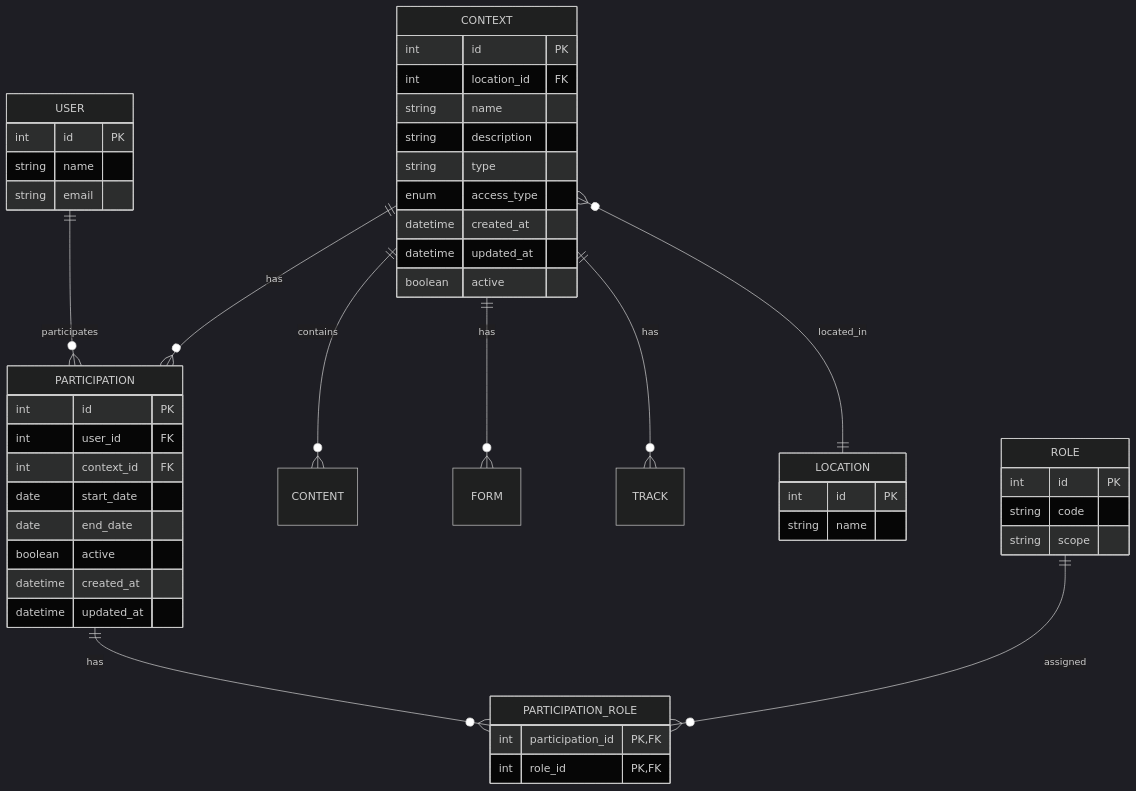
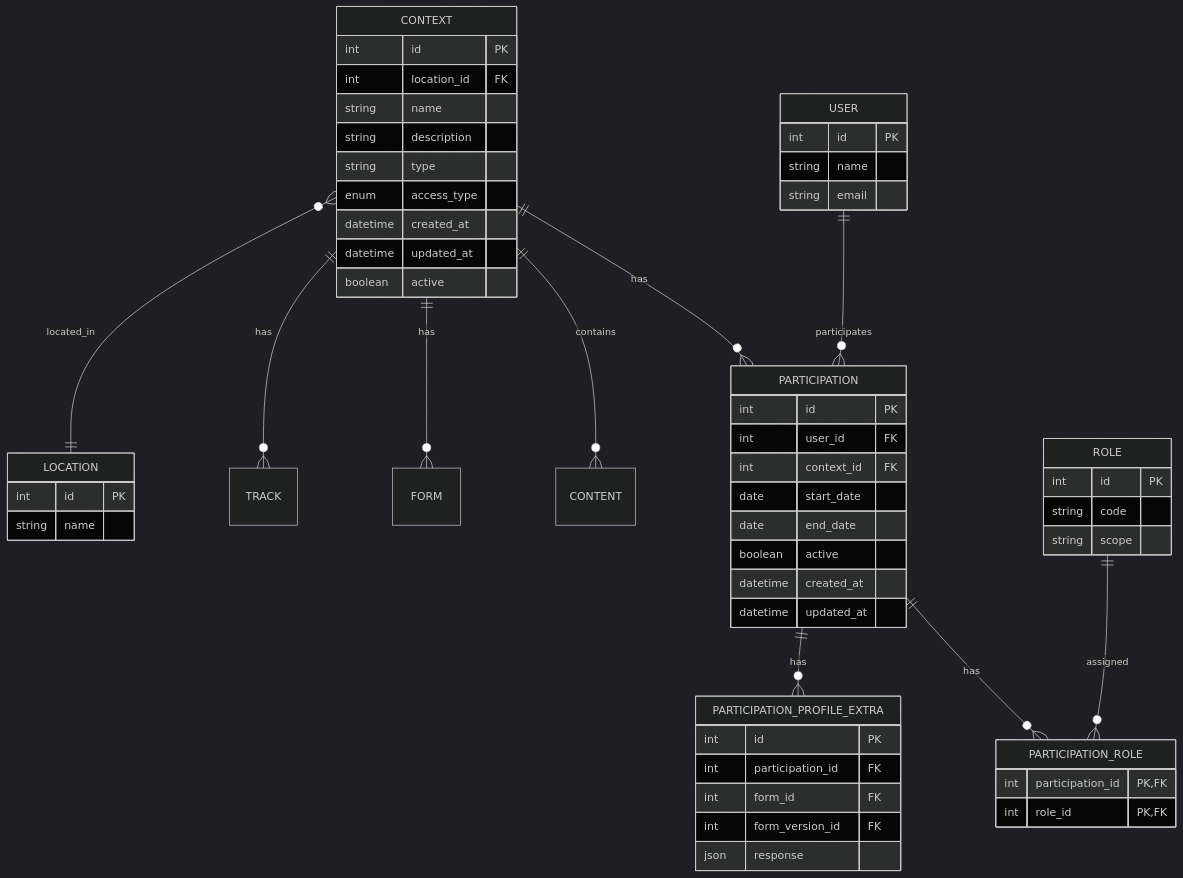
One commit to ProEpi-Dev/gds-admin changed the diagram in docs-docusauros/gds/docs/arquitetura/modelagem-banco-dados/contextos-participacao.md. Above: the diagram before and after it, drawn with Mermaid (dark theme). The commit also changed other lines of this file and 47 other files, not shown here.

````diff
--- a/docs-docusauros/gds/docs/arquitetura/modelagem-banco-dados/contextos-participacao.md
+++ b/docs-docusauros/gds/docs/arquitetura/modelagem-banco-dados/contextos-participacao.md
@@ -7,57 +7,66 @@
 ```mermaid
 erDiagram
     CONTEXT ||--o{ PARTICIPATION : "has"
     CONTEXT ||--o{ CONTENT : "contains"
     CONTEXT ||--o{ FORM : "has"
     CONTEXT ||--o{ TRACK : "has"
     CONTEXT }o--|| LOCATION : "located_in"
     
     USER ||--o{ PARTICIPATION : "participates"
     PARTICIPATION ||--o{ PARTICIPATION_ROLE : "has"
+    PARTICIPATION ||--o{ PARTICIPATION_PROFILE_EXTRA : "has"
     ROLE ||--o{ PARTICIPATION_ROLE : "assigned"
     
     CONTEXT {
         int id PK
         int location_id FK
         string name
         string description
         string type
         enum access_type
         datetime created_at
         datetime updated_at
         boolean active
     }
     
     PARTICIPATION {
         int id PK
         int user_id FK
         int context_id FK
         date start_date
         date end_date
         boolean active
         datetime created_at
         datetime updated_at
     }
     
     PARTICIPATION_ROLE {
         int participation_id PK,FK
         int role_id PK,FK
     }
     
+    PARTICIPATION_PROFILE_EXTRA {
+        int id PK
+        int participation_id FK
+        int form_id FK
+        int form_version_id FK
+        json response
+    }
+    
     ROLE {
         int id PK
         string code
         string scope
     }
     
     USER {
         int id PK
         string name
         string email
     }
     
     LOCATION {
         int id PK
         string name
     }
 ```
````
